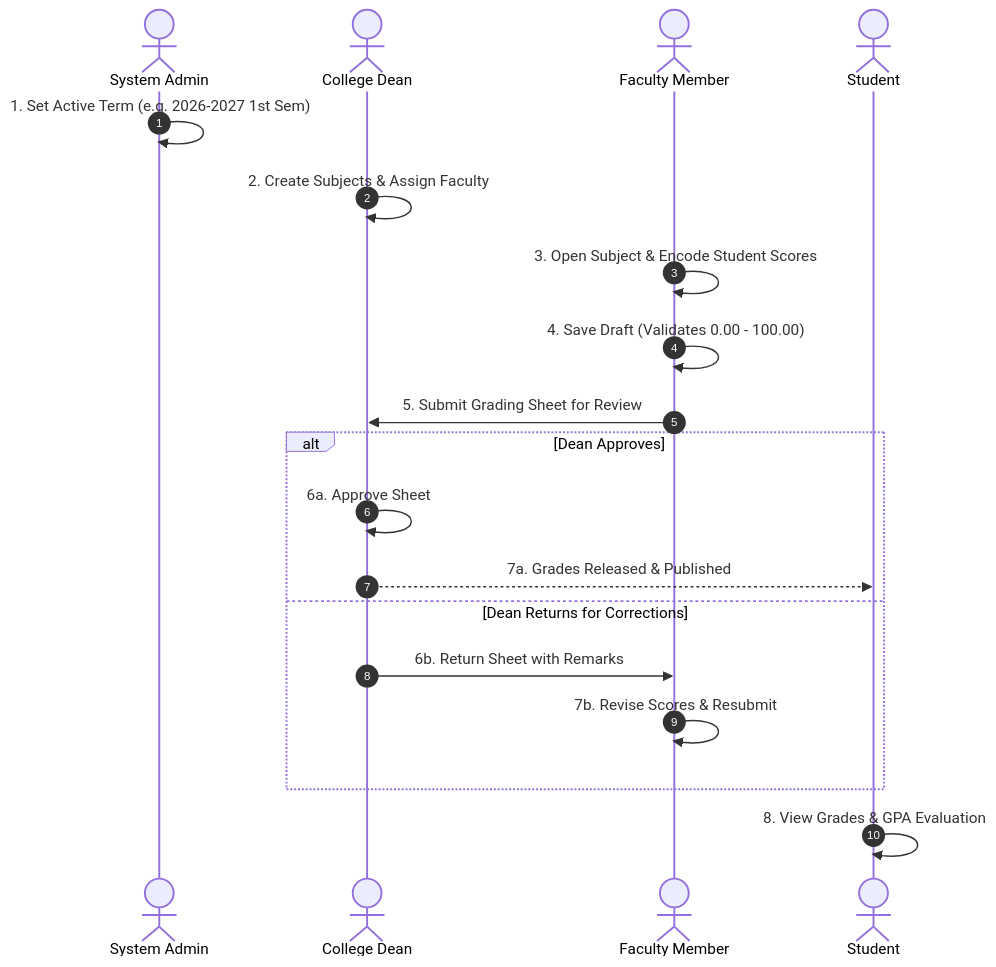
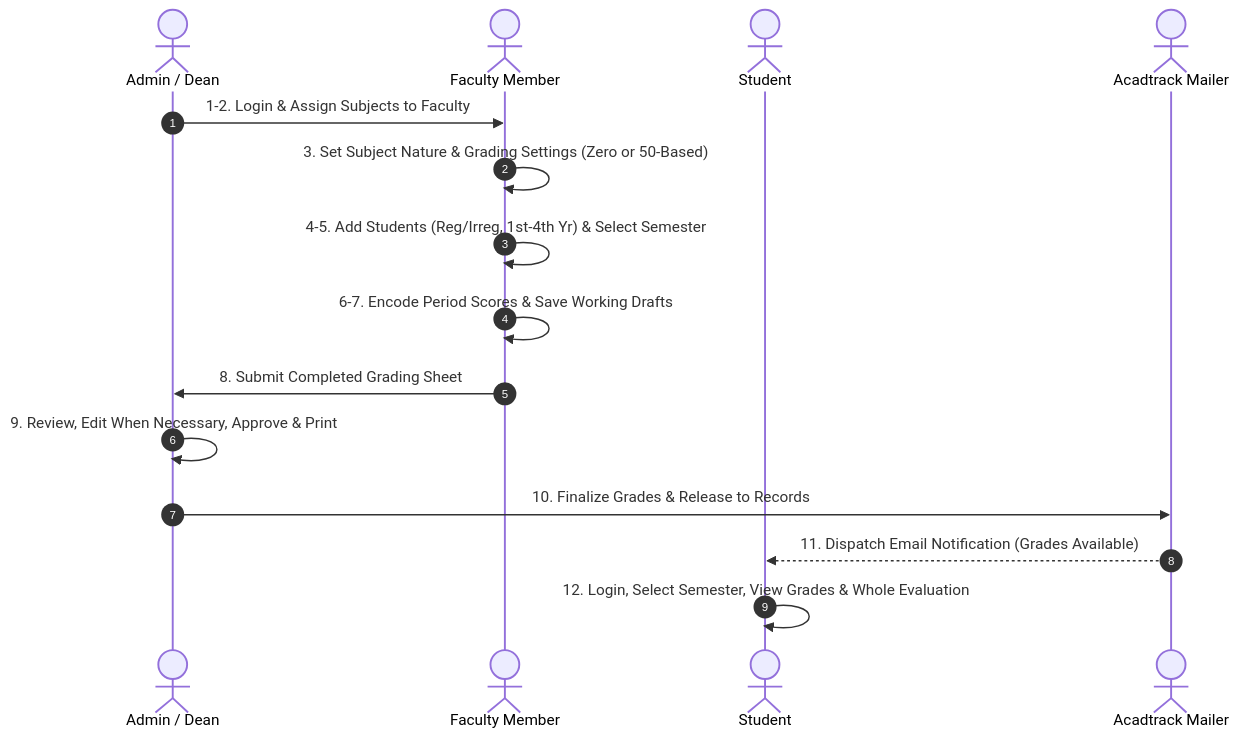
One commit to jomadlcrz/acadtrack changed the second of 2 diagrams in docs/WORKFLOW.md. Above: the diagram before and after it, drawn with Mermaid. The commit also changed other lines of this file and 3 other files, not shown here.

Commit message:
feat: Enhance workflow documentation and grading system features

````diff
--- a/docs/WORKFLOW.md
+++ b/docs/WORKFLOW.md
@@ -69,22 +72,18 @@
 ```mermaid
 sequenceDiagram
     autonumber
-    actor Admin as System Admin
-    actor Dean as College Dean
+    actor Admin as Admin / Dean
     actor Faculty as Faculty Member
     actor Student as Student
+    actor System as Acadtrack Mailer
 
-    Admin->>Admin: 1. Set Active Term (e.g. 2026-2027 1st Sem)
-    Dean->>Dean: 2. Create Subjects & Assign Faculty
-    Faculty->>Faculty: 3. Open Subject & Encode Student Scores
-    Faculty->>Faculty: 4. Save Draft (Validates 0.00 - 100.00)
-    Faculty->>Dean: 5. Submit Grading Sheet for Review
-    alt Dean Approves
-        Dean->>Dean: 6a. Approve Sheet
-        Dean-->>Student: 7a. Grades Released & Published
-    else Dean Returns for Corrections
-        Dean->>Faculty: 6b. Return Sheet with Remarks
-        Faculty->>Faculty: 7b. Revise Scores & Resubmit
-    end
-    Student->>Student: 8. View Grades & GPA Evaluation
+    Admin->>Faculty: 1-2. Login & Assign Subjects to Faculty
+    Faculty->>Faculty: 3. Set Subject Nature & Grading Settings (Zero or 50-Based)
+    Faculty->>Faculty: 4-5. Add Students (Reg/Irreg, 1st-4th Yr) & Select Semester
+    Faculty->>Faculty: 6-7. Encode Period Scores & Save Working Drafts
+    Faculty->>Admin: 8. Submit Completed Grading Sheet
+    Admin->>Admin: 9. Review, Edit When Necessary, Approve & Print
+    Admin->>System: 10. Finalize Grades & Release to Records
+    System-->>Student: 11. Dispatch Email Notification (Grades Available)
+    Student->>Student: 12. Login, Select Semester, View Grades & Whole Evaluation
 ```
````
